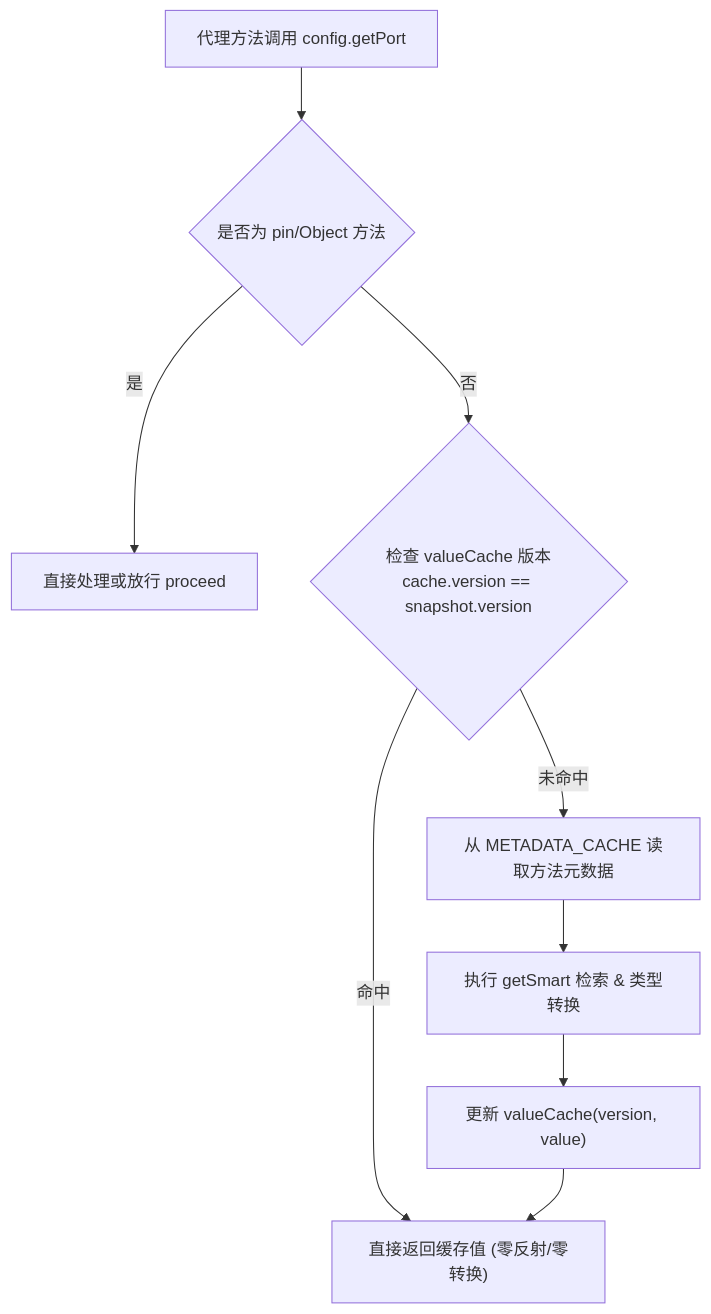
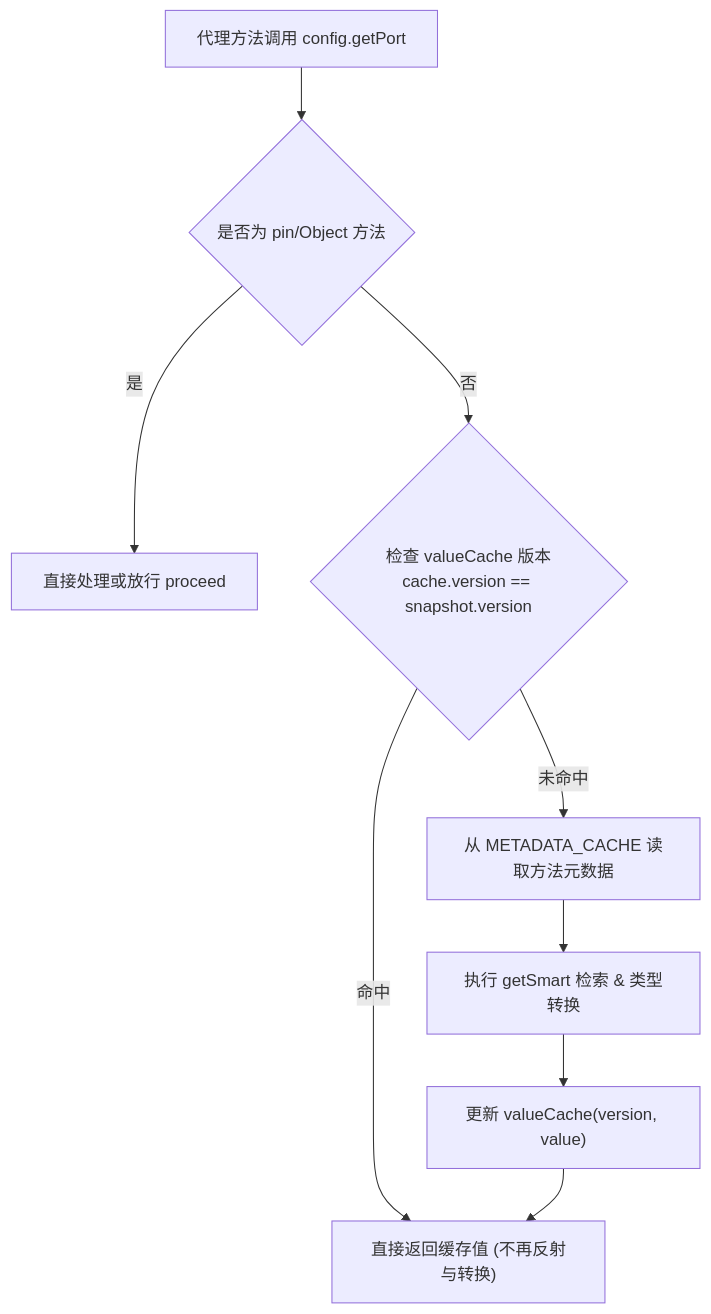
The diagram in docs/config/config-proxy.md (team4u/team4u-framework), drawn with Mermaid before and after one commit. The commit also changed other lines of this file and 20 other files, not shown here.

````diff
--- a/docs/config/config-proxy.md
+++ b/docs/config/config-proxy.md
@@ -226,12 +226,12 @@
 ```mermaid
 graph TD
     Call["代理方法调用 config.getPort"] --> Check1{"是否为 pin/Object 方法"}
     Check1 -->|"是"| Direct["直接处理或放行 proceed"]
     Check1 -->|"否"| CacheCheck{"检查 valueCache 版本<br/>cache.version == snapshot.version"}
     
-    CacheCheck -->|"命中"| ReturnVal["直接返回缓存值 (零反射/零转换)"]
+    CacheCheck -->|"命中"| ReturnVal["直接返回缓存值 (不再反射与转换)"]
     CacheCheck -->|"未命中"| MetaCheck["从 METADATA_CACHE 读取方法元数据"]
     MetaCheck --> Resolve["执行 getSmart 检索 & 类型转换"]
     Resolve --> PutCache["更新 valueCache(version, value)"]
     PutCache --> ReturnVal
 ```
````
